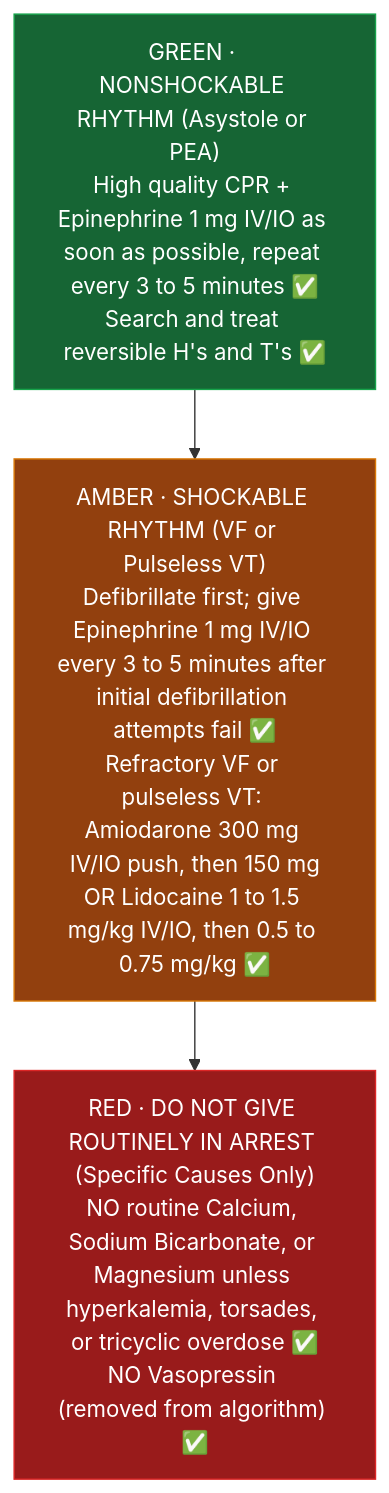
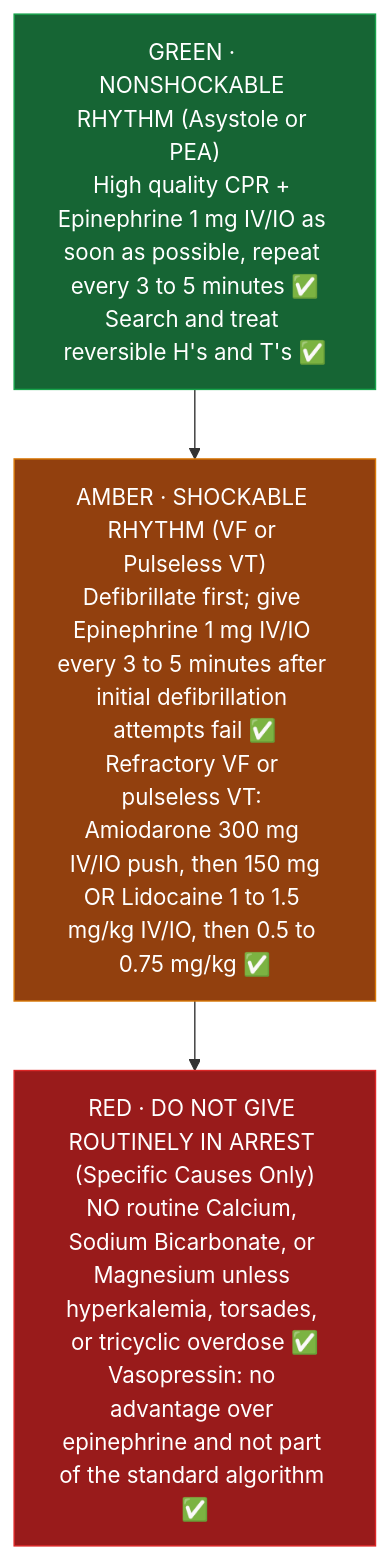
The diagram in src/wiki/clinical/Codes_Resuscitation.md (Shan12377/stmarys-residency-site), drawn with Mermaid before and after one commit. The commit also changed 79 other files, not shown here.

````diff
--- a/src/wiki/clinical/Codes_Resuscitation.md
+++ b/src/wiki/clinical/Codes_Resuscitation.md
@@ -22,12 +22,12 @@
 ```mermaid
 flowchart TD
     Green["GREEN · NONSHOCKABLE RHYTHM (Asystole or PEA)<br/>High quality CPR + Epinephrine 1 mg IV/IO as soon as possible, repeat every 3 to 5 minutes ✅<br/>Search and treat reversible H's and T's ✅"]
     Amber["AMBER · SHOCKABLE RHYTHM (VF or Pulseless VT)<br/>Defibrillate first; give Epinephrine 1 mg IV/IO every 3 to 5 minutes after initial defibrillation attempts fail ✅<br/>Refractory VF or pulseless VT: Amiodarone 300 mg IV/IO push, then 150 mg<br/>OR Lidocaine 1 to 1.5 mg/kg IV/IO, then 0.5 to 0.75 mg/kg ✅"]
-    Red["RED · DO NOT GIVE ROUTINELY IN ARREST (Specific Causes Only)<br/>NO routine Calcium, Sodium Bicarbonate, or Magnesium unless hyperkalemia, torsades, or tricyclic overdose ✅<br/>NO Vasopressin (removed from algorithm) ✅"]
+    Red["RED · DO NOT GIVE ROUTINELY IN ARREST (Specific Causes Only)<br/>NO routine Calcium, Sodium Bicarbonate, or Magnesium unless hyperkalemia, torsades, or tricyclic overdose ✅<br/>Vasopressin: no advantage over epinephrine and not part of the standard algorithm ✅"]
 
     Green --> Amber --> Red
 
     style Green fill:#166534,stroke:#16a34a,color:#ffffff
     style Amber fill:#92400e,stroke:#d97706,color:#ffffff
     style Red fill:#991b1b,stroke:#dc2626,color:#ffffff
 ```
````
